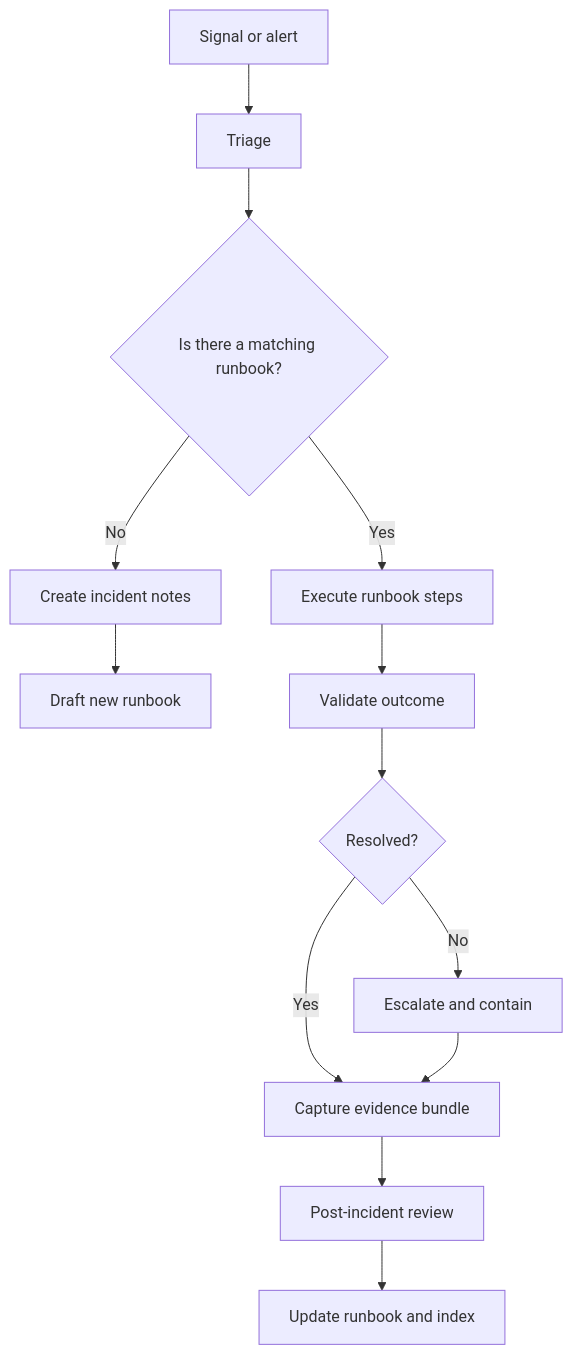
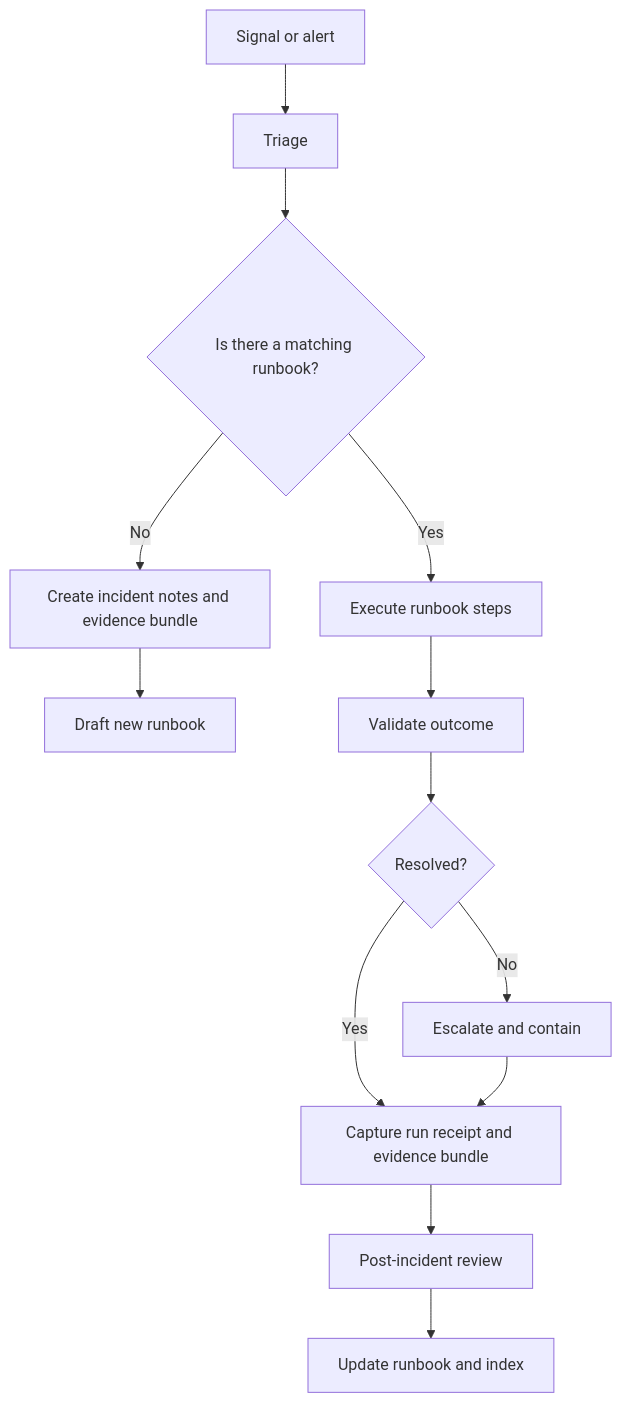
Before and after one commit to bartytime4life/Kansas-Frontier-Matrix: the diagram in docs/runbooks/README.md, drawn with Mermaid. The commit also changed other lines of this file, not shown here.

````diff
--- a/docs/runbooks/README.md
+++ b/docs/runbooks/README.md
@@ -246,15 +304,15 @@
 ```mermaid
 flowchart TD
   A[Signal or alert] --> B[Triage]
   B --> C{Is there a matching runbook?}
   C -- Yes --> D[Execute runbook steps]
-  C -- No --> E[Create incident notes]
+  C -- No --> E[Create incident notes and evidence bundle]
   E --> F[Draft new runbook]
   D --> G[Validate outcome]
   G --> H{Resolved?}
-  H -- Yes --> I[Capture evidence bundle]
+  H -- Yes --> I[Capture run receipt and evidence bundle]
   H -- No --> J[Escalate and contain]
   J --> I
   I --> K[Post-incident review]
   K --> L[Update runbook and index]
 ```
````
